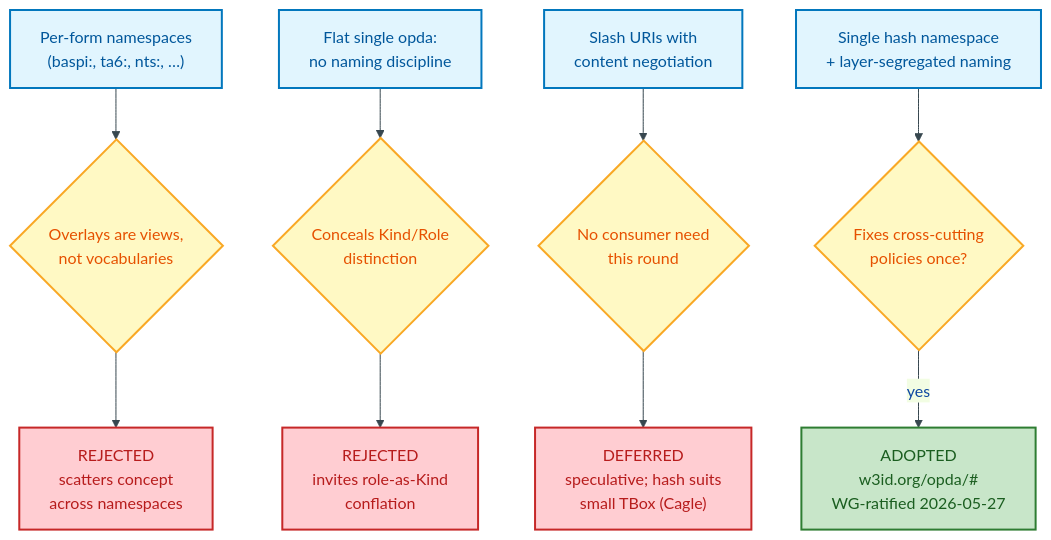
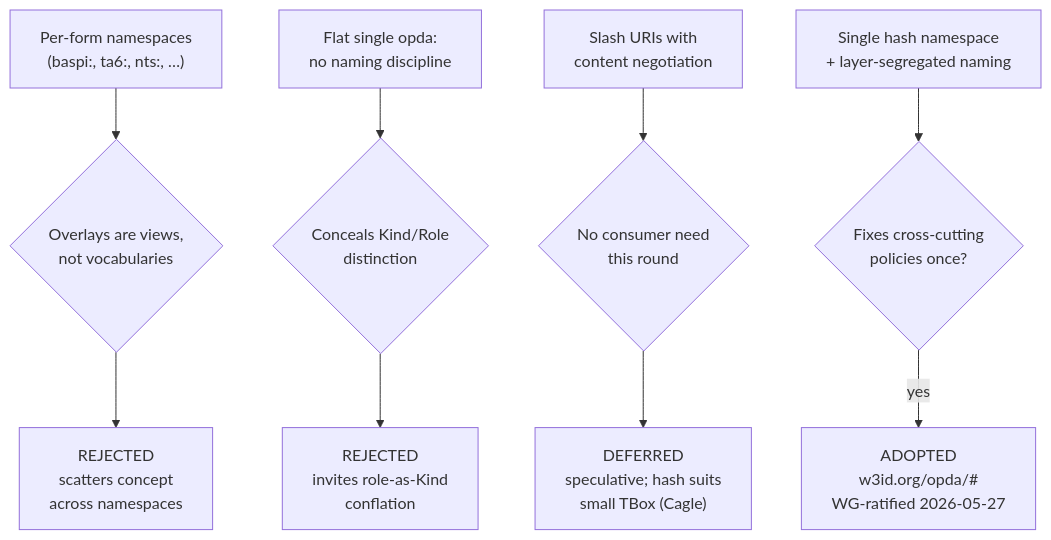
The fourth of 4 diagrams in docs/ontology/odr/ODR-0004-pdtf-ontology-foundation.md (sparkling/opda), drawn with Mermaid before and after one commit. The commit also changed other lines of this file and 25 other files, not shown here.

````diff
--- a/docs/ontology/odr/ODR-0004-pdtf-ontology-foundation.md
+++ b/docs/ontology/odr/ODR-0004-pdtf-ontology-foundation.md
@@ -235,30 +225,25 @@
 ```mermaid
-%%{init:{"theme":"base","themeVariables":{"primaryColor":"#E3F2FD","primaryTextColor":"#0D47A1","primaryBorderColor":"#1565C0","lineColor":"#37474F"}}}%%
 flowchart TD
     accTitle: Namespace and structure alternatives evaluated
     accDescr: Three options — per-form namespaces, flat single namespace, and hash URI with layer segregation — are evaluated against the key drivers, leading to the adopted decision.
-    classDef process fill:#E1F5FE,stroke:#0277BD,stroke-width:2px,color:#01579B
-    classDef decision fill:#FFF9C4,stroke:#F9A825,stroke-width:2px,color:#E65100
-    classDef output fill:#C8E6C9,stroke:#2E7D32,stroke-width:2px,color:#1B5E20
-    classDef rejected fill:#FFCDD2,stroke:#C62828,stroke-width:2px,color:#B71C1C
 
     A["Per-form namespaces<br/>(baspi:, ta6:, nts:, …)"]:::process
     B["Flat single opda:<br/>no naming discipline"]:::process
     C["Slash URIs with<br/>content negotiation"]:::process
     D["Single hash namespace<br/>+ layer-segregated naming"]:::process
 
-    DA{"Overlays are views,<br/>not vocabularies"}:::decision
-    DB{"Conceals Kind/Role<br/>distinction"}:::decision
-    DC{"No consumer need<br/>this round"}:::decision
-    DD{"Fixes cross-cutting<br/>policies once?"}:::decision
+    DA{"Overlays are views,<br/>not vocabularies"}:::warning
+    DB{"Conceals Kind/Role<br/>distinction"}:::warning
+    DC{"No consumer need<br/>this round"}:::warning
+    DD{"Fixes cross-cutting<br/>policies once?"}:::warning
 
-    RA["REJECTED<br/>scatters concept<br/>across namespaces"]:::rejected
-    RB["REJECTED<br/>invites role-as-Kind<br/>conflation"]:::rejected
-    RC["DEFERRED<br/>speculative; hash suits<br/>small TBox (Cagle)"]:::rejected
-    ADOPTED["ADOPTED<br/>w3id.org/opda/#<br/>WG-ratified 2026-05-27"]:::output
+    RA["REJECTED<br/>scatters concept<br/>across namespaces"]:::error
+    RB["REJECTED<br/>invites role-as-Kind<br/>conflation"]:::error
+    RC["DEFERRED<br/>speculative; hash suits<br/>small TBox (Cagle)"]:::error
+    ADOPTED["ADOPTED<br/>w3id.org/opda/#<br/>WG-ratified 2026-05-27"]:::success
 
     A --> DA --> RA
     B --> DB --> RB
     C --> DC --> RC
     D --> DD -->|"yes"| ADOPTED
 ```
````
